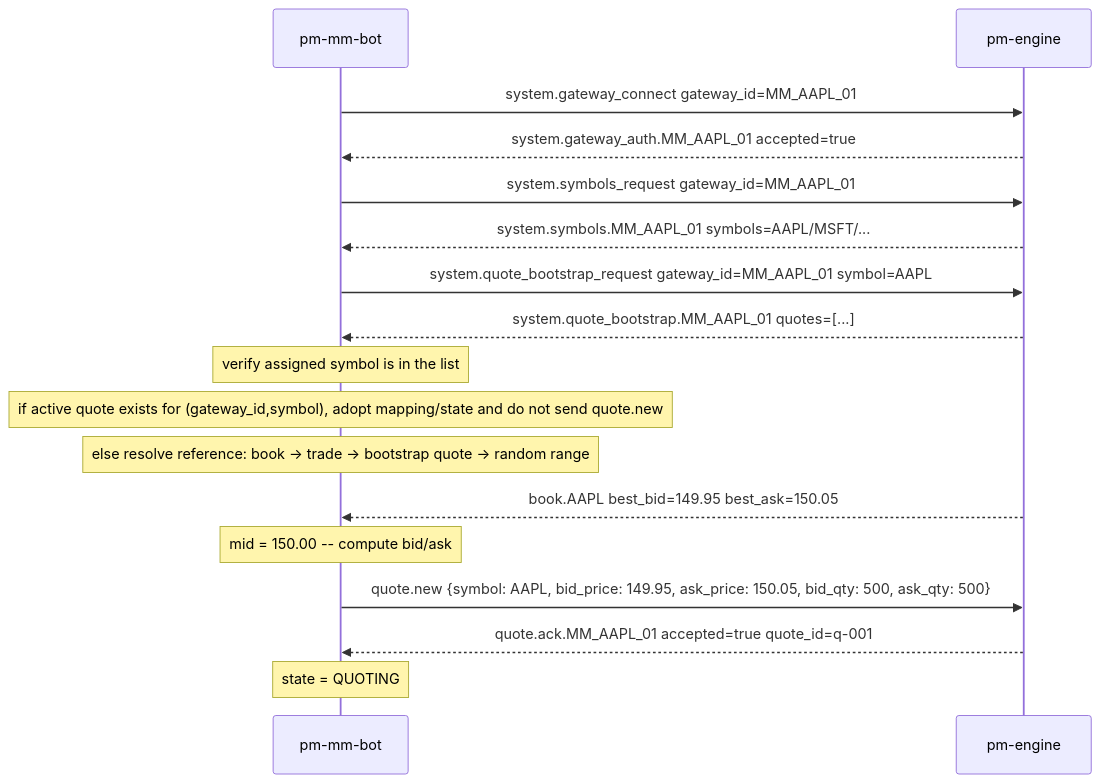
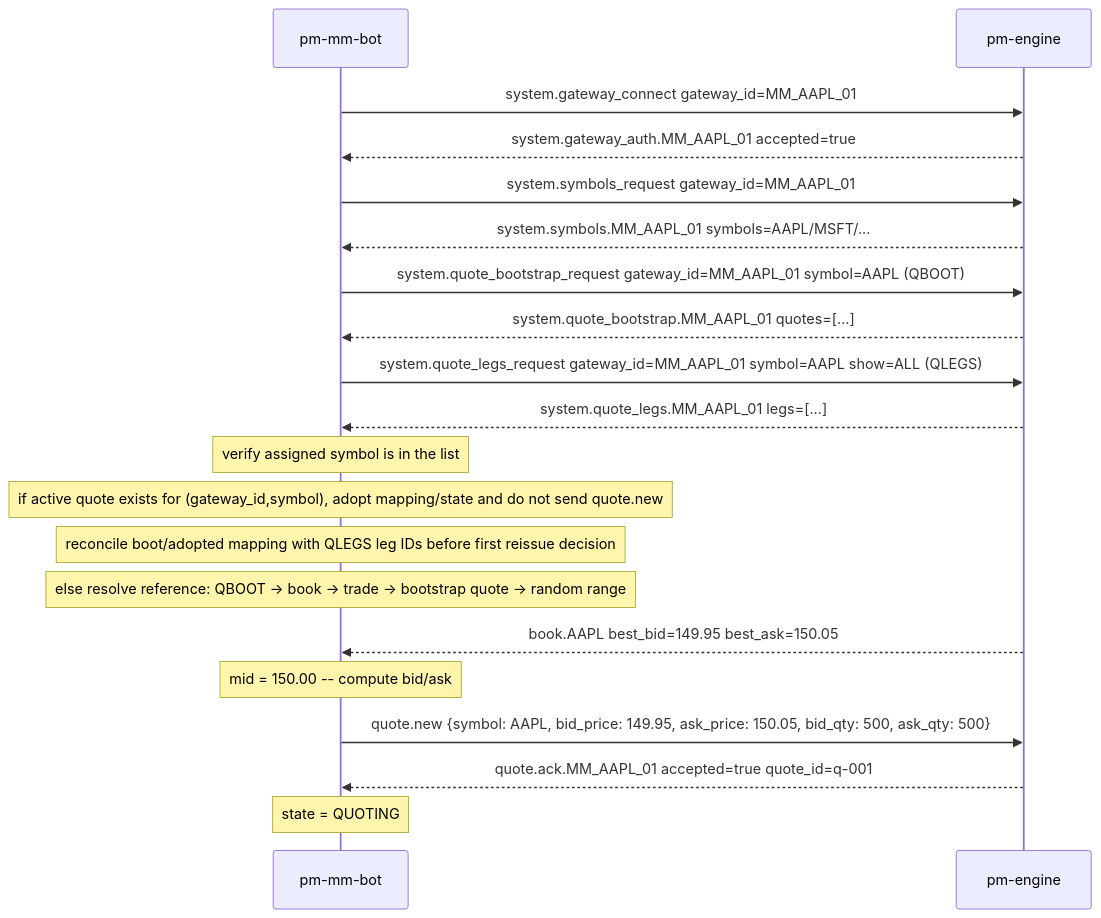
Before and after one commit to johan162/EduMatcher: the third of 6 diagrams in docs-design/EduMatcher-MM-bots.md, drawn with Mermaid. The commit also changed other lines of this file, not shown here.

````diff
--- a/docs-design/EduMatcher-MM-bots.md
+++ b/docs-design/EduMatcher-MM-bots.md
@@ -268,20 +269,23 @@
 ```mermaid
 sequenceDiagram
     participant B as pm-mm-bot
     participant E as pm-engine
 
     B->>E: system.gateway_connect gateway_id=MM_AAPL_01
     E-->>B: system.gateway_auth.MM_AAPL_01 accepted=true
     B->>E: system.symbols_request gateway_id=MM_AAPL_01
     E-->>B: system.symbols.MM_AAPL_01 symbols=AAPL/MSFT/...
-    B->>E: system.quote_bootstrap_request gateway_id=MM_AAPL_01 symbol=AAPL
+    B->>E: system.quote_bootstrap_request gateway_id=MM_AAPL_01 symbol=AAPL (QBOOT)
     E-->>B: system.quote_bootstrap.MM_AAPL_01 quotes=[...]
+    B->>E: system.quote_legs_request gateway_id=MM_AAPL_01 symbol=AAPL show=ALL (QLEGS)
+    E-->>B: system.quote_legs.MM_AAPL_01 legs=[...]
     Note over B: verify assigned symbol is in the list
     Note over B: if active quote exists for (gateway_id,symbol), adopt mapping/state and do not send quote.new
-    Note over B: else resolve reference: book -> trade -> bootstrap quote -> random range
+    Note over B: reconcile boot/adopted mapping with QLEGS leg IDs before first reissue decision
+    Note over B: else resolve reference: QBOOT -> book -> trade -> bootstrap quote -> random range
     E-->>B: book.AAPL best_bid=149.95 best_ask=150.05
     Note over B: mid = 150.00 -- compute bid/ask
     B->>E: quote.new {symbol: AAPL, bid_price: 149.95, ask_price: 150.05, bid_qty: 500, ask_qty: 500}
     E-->>B: quote.ack.MM_AAPL_01 accepted=true quote_id=q-001
     Note over B: state = QUOTING
 ```
````
